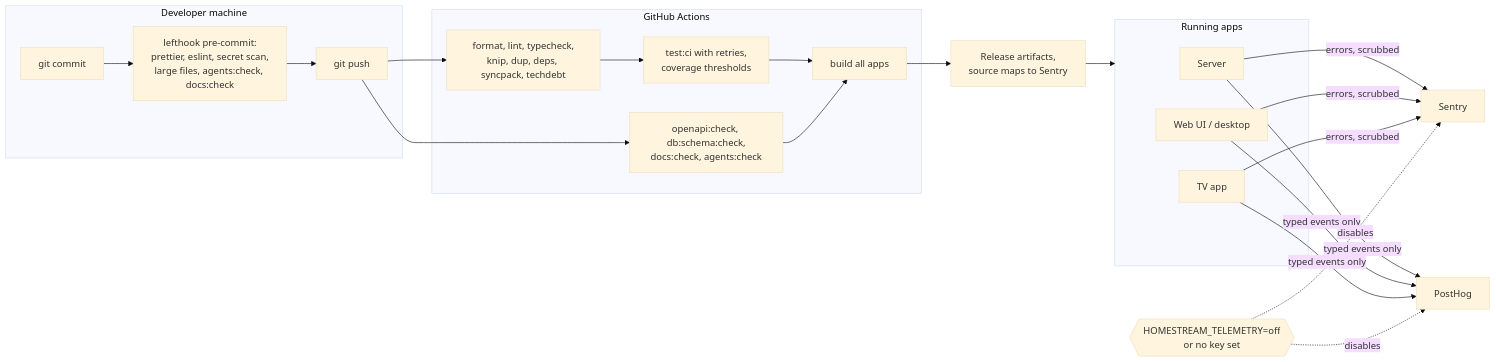
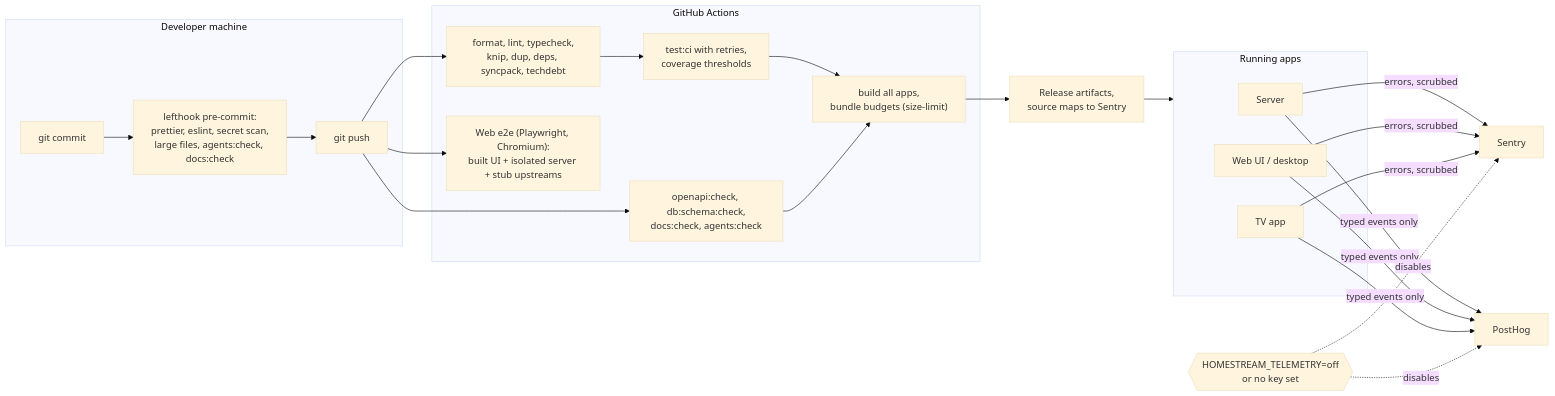
One commit to VeroxAUS/homestream changed the sixth of 6 diagrams in docs/architecture.md. Above: the diagram before and after it, drawn with Mermaid (base theme). The commit also changed other lines of this file and 81 other files, not shown here.

````diff
--- a/docs/architecture.md
+++ b/docs/architecture.md
@@ -218,36 +246,38 @@
 ```mermaid
 flowchart LR
   subgraph Dev["Developer machine"]
     Commit["git commit"] --> Hooks["lefthook pre-commit:<br/>prettier, eslint, secret scan,<br/>large files, agents:check, docs:check"]
     Hooks --> Push["git push"]
   end
 
   subgraph CI["GitHub Actions"]
     Quality["format, lint, typecheck,<br/>knip, dup, deps, syncpack, techdebt"]
     Tests["test:ci with retries,<br/>coverage thresholds"]
     Docs["openapi:check, db:schema:check,<br/>docs:check, agents:check"]
-    Build["build all apps"]
+    Build["build all apps,<br/>bundle budgets (size-limit)"]
+    E2E["Web e2e (Playwright, Chromium):<br/>built UI + isolated server + stub upstreams"]
     Quality --> Tests --> Build
     Docs --> Build
   end
 
   Push --> Quality
   Push --> Docs
+  Push --> E2E
   Build --> Release["Release artifacts,<br/>source maps to Sentry"]
 
   subgraph Runtime["Running apps"]
     Server["Server"]
     Web["Web UI / desktop"]
     TV["TV app"]
   end
 
   Release --> Runtime
   Server -->|"errors, scrubbed"| Sentry["Sentry"]
   Web -->|"errors, scrubbed"| Sentry
   TV -->|"errors, scrubbed"| Sentry
   Server -->|"typed events only"| PostHog["PostHog"]
   Web -->|"typed events only"| PostHog
   TV -->|"typed events only"| PostHog
   Switch{{"HOMESTREAM_TELEMETRY=off<br/>or no key set"}} -.->|disables| Sentry
   Switch -.->|disables| PostHog
 ```
````
